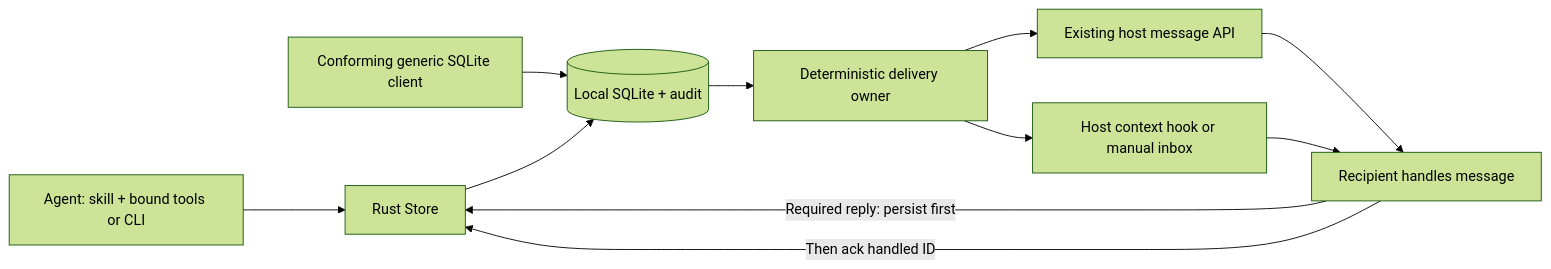
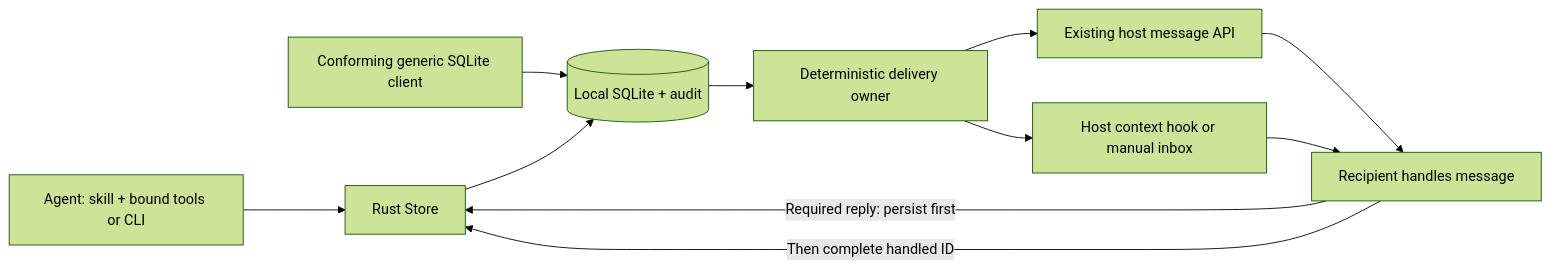
One commit to bgauryy/octocode changed the first of 3 diagrams in skills/octocode-agents-communication/docs/SERVICE_PROTOCOL.md. Above: the diagram before and after it, drawn with Mermaid (forest theme). The commit also changed other lines of this file and 241 other files, not shown here.

````diff
--- a/skills/octocode-agents-communication/docs/SERVICE_PROTOCOL.md
+++ b/skills/octocode-agents-communication/docs/SERVICE_PROTOCOL.md
@@ -15,13 +15,13 @@
 ```mermaid
 flowchart LR
     A[Agent: skill + bound tools or CLI] --> B[Rust Store]
     G[Conforming generic SQLite client] --> C[(Local SQLite + audit)]
     B --> C
     C --> D[Deterministic delivery owner]
     D --> E[Existing host message API]
     D --> F[Host context hook or manual inbox]
     E --> H[Recipient handles message]
     F --> H
     H -->|Required reply: persist first| B
-    H -->|Then ack handled ID| B
+    H -->|Then complete handled ID| B
 ```
````
